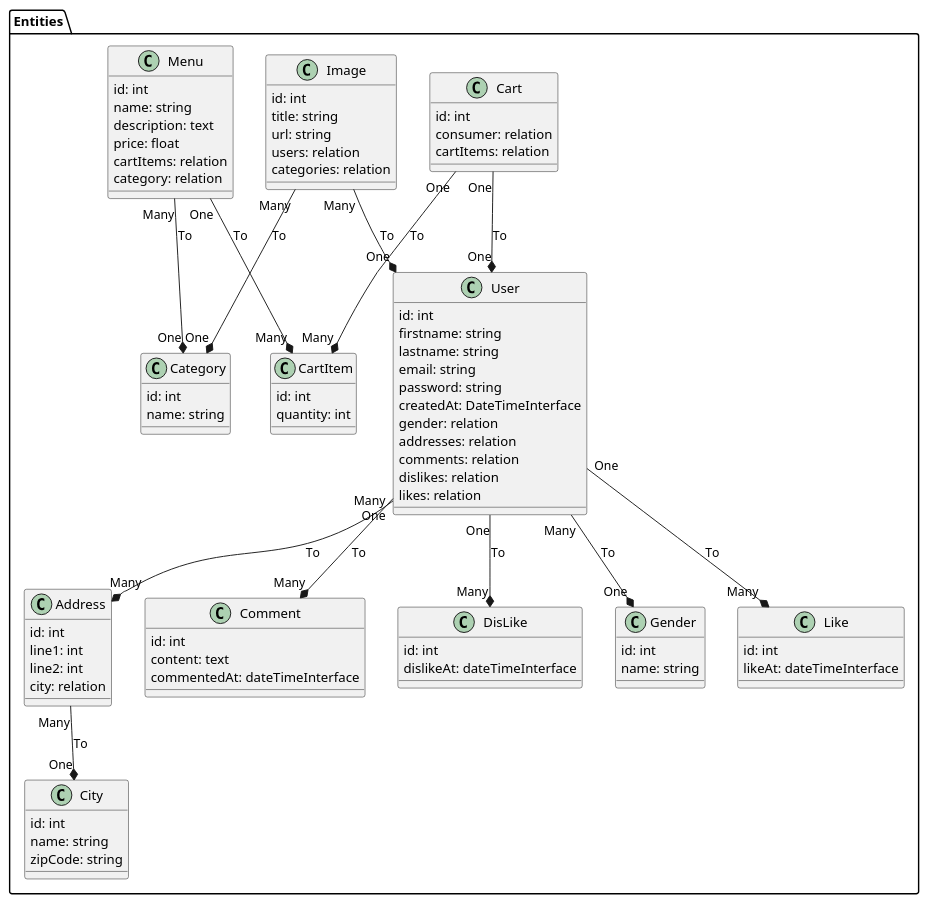
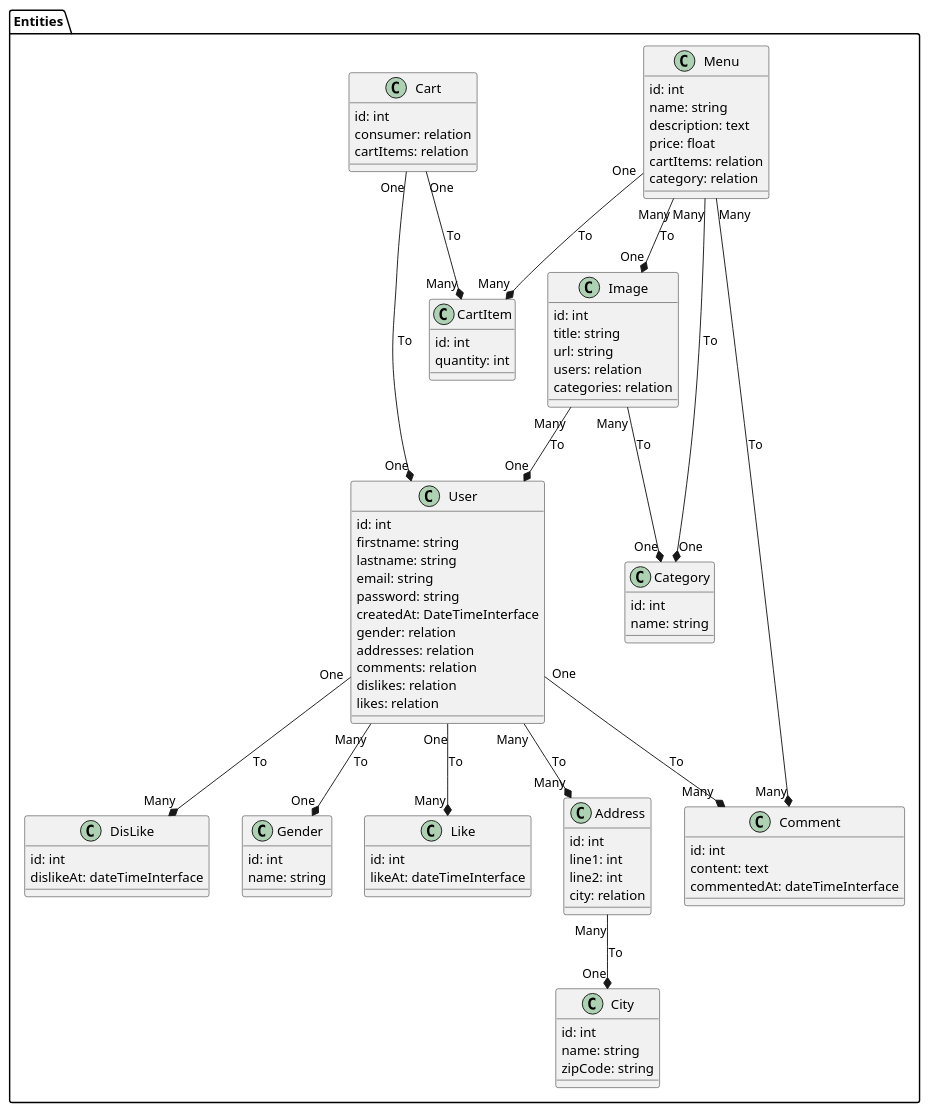
The diagram in features/Entities_diagram.puml (SylvainGUERRIN/deliveroo_like), drawn with PlantUML before and after one commit. The commit also changed 5 other files, not shown here.

```diff
--- a/features/Entities_diagram.puml
+++ b/features/Entities_diagram.puml
@@ -1,96 +1,98 @@
 @startuml
 'Alice -> Bob: Authentication Request
 'Bob --> Alice: Authentication Response
 '
 'Alice -> Bob: Another authentication Request
 'Alice <-- Bob: another authentication Response
 
 package "Entities" #FFF {
     class User {
         {field} id: int
         {field} firstname: string
         {field} lastname: string
         {field} email: string
         {field} password: string
         {field} createdAt: DateTimeInterface
         {field} gender: relation
         {field} addresses: relation
         {field} comments: relation
         {field} dislikes: relation
         {field} likes: relation
     }
     class Address {
         {field} id: int
         {field} line1: int
         {field} line2: int
         {field} city: relation
     }
     class Cart {
         {field} id: int
         {field} consumer: relation
         {field} cartItems: relation
     }
     class CartItem {
         {field} id: int
         {field} quantity: int
     }
     class Category {
         {field} id: int
         {field} name: string
     }
     class City {
         {field} id: int
         {field} name: string
         {field} zipCode: string
     }
     class Comment {
         {field} id: int
         {field} content: text
         {field} commentedAt: dateTimeInterface
     }
     class DisLike {
         {field} id: int
         {field} dislikeAt: dateTimeInterface
     }
     class Gender {
         {field} id: int
         {field} name: string
     }
     class Image {
         {field} id: int
         {field} title: string
         {field} url: string
         {field} users: relation
         {field} categories: relation
     }
     class Like {
         {field} id: int
         {field} likeAt: dateTimeInterface
     }
     class Menu {
         {field} id: int
         {field} name: string
         {field} description: text
         {field} price: float
         {field} cartItems: relation
         {field} category: relation
     }
 
     User "Many" --* "One" Gender : To
     User "Many" --* "Many" Address : To
     User "One" --* "Many" Comment : To
     User "One" --* "Many" DisLike : To
     User "One" --* "Many" Like : To
 
     Address "Many" --* "One" City : To
 
     Cart "One" --* "One" User : To
     Cart "One" --* "Many" CartItem : To
 
     Image "Many" --* "One" User : To
     Image "Many" --* "One" Category : To
 
     Menu "One" --* "Many" CartItem : To
     Menu "Many" --* "One" Category : To
+    Menu "Many" --* "Many" Comment : To
+    Menu "Many" --* "One" Image : To
 }
 @enduml
```
